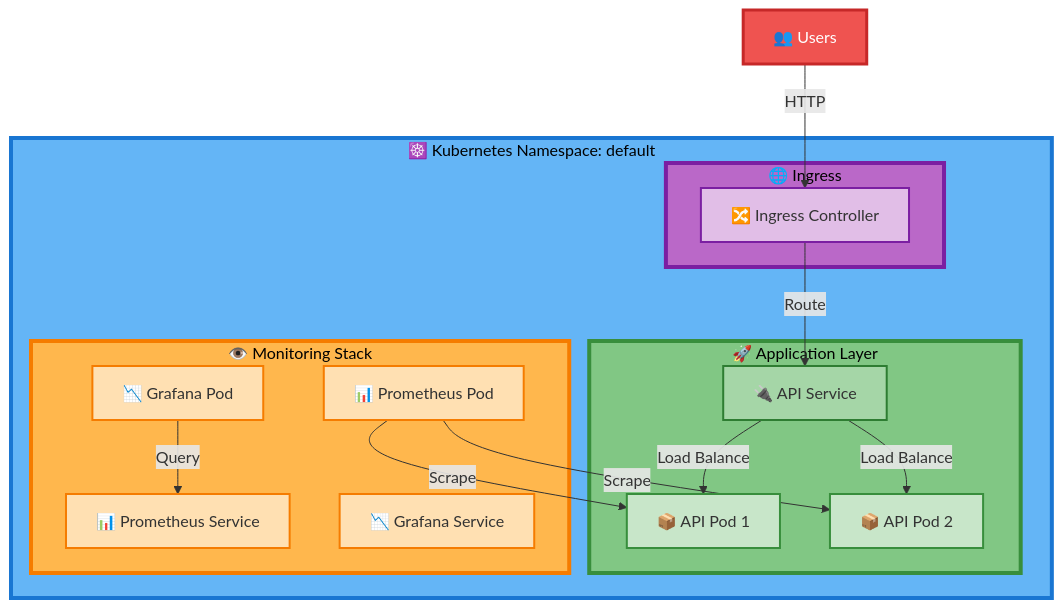
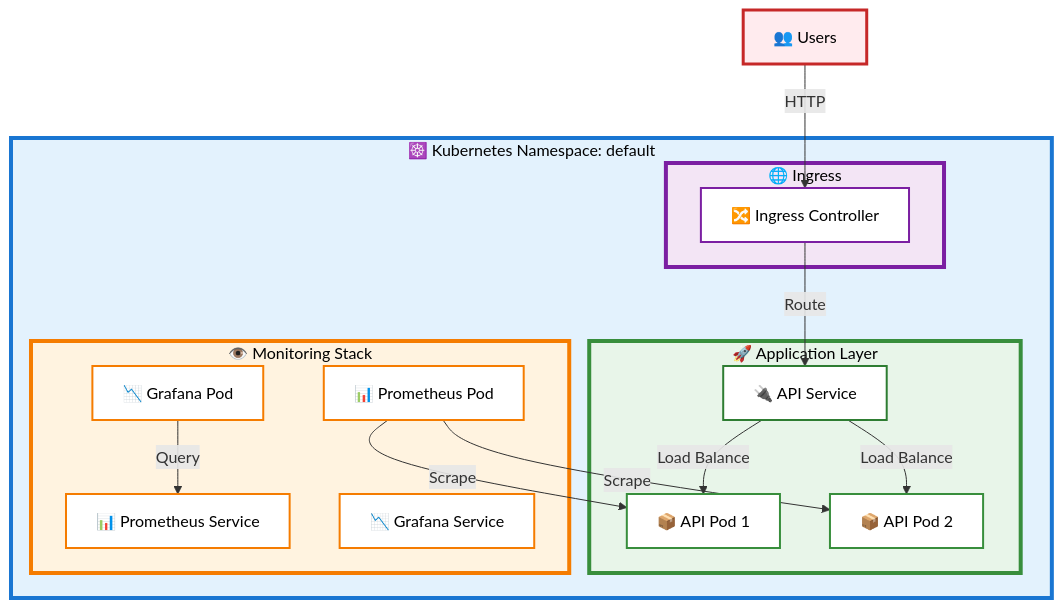
Before and after one commit to 2024aa05820/heart-disease-mlops: the third of 9 diagrams in README.md, drawn with Mermaid. The commit also changed other lines of this file, not shown here.

First line of the commit message:
Fix Mermaid diagram text visibility - use white backgrounds for nodes

````diff
--- a/README.md
+++ b/README.md
@@ -157,44 +157,44 @@
 ```mermaid
 graph TB
     subgraph K8S["☸️ Kubernetes Namespace: default"]
         subgraph APP["🚀 Application Layer"]
             API1["📦 API Pod 1"]
             API2["📦 API Pod 2"]
             API_SVC["🔌 API Service"]
         end
         
         subgraph MON["👁️ Monitoring Stack"]
             PROM_POD["📊 Prometheus Pod"]
             PROM_SVC["📊 Prometheus Service"]
             GRAF_POD["📉 Grafana Pod"]
             GRAF_SVC["📉 Grafana Service"]
         end
         
         subgraph ING_GRP["🌐 Ingress"]
             ING["🔀 Ingress Controller"]
         end
     end
     
     USER["👥 Users"] -->|HTTP| ING
     ING -->|Route| API_SVC
     API_SVC -->|Load Balance| API1
     API_SVC -->|Load Balance| API2
     
     PROM_POD -->|Scrape| API1
     PROM_POD -->|Scrape| API2
     GRAF_POD -->|Query| PROM_SVC
     
-    style K8S fill:#64B5F6,stroke:#1976D2,stroke-width:4px,color:#000
-    style APP fill:#81C784,stroke:#388E3C,stroke-width:4px,color:#000
-    style MON fill:#FFB74D,stroke:#F57C00,stroke-width:4px,color:#000
-    style ING_GRP fill:#BA68C8,stroke:#7B1FA2,stroke-width:4px,color:#000
-    style USER fill:#EF5350,stroke:#C62828,stroke-width:3px,color:#FFF
-    style API1 fill:#C8E6C9,stroke:#388E3C,stroke-width:2px
-    style API2 fill:#C8E6C9,stroke:#388E3C,stroke-width:2px
-    style API_SVC fill:#A5D6A7,stroke:#2E7D32,stroke-width:2px
-    style PROM_POD fill:#FFE0B2,stroke:#F57C00,stroke-width:2px
-    style PROM_SVC fill:#FFE0B2,stroke:#F57C00,stroke-width:2px
-    style GRAF_POD fill:#FFE0B2,stroke:#F57C00,stroke-width:2px
-    style GRAF_SVC fill:#FFE0B2,stroke:#F57C00,stroke-width:2px
-    style ING fill:#E1BEE7,stroke:#7B1FA2,stroke-width:2px
+    style K8S fill:#E3F2FD,stroke:#1976D2,stroke-width:4px,color:#000000
+    style APP fill:#E8F5E9,stroke:#388E3C,stroke-width:4px,color:#000000
+    style MON fill:#FFF3E0,stroke:#F57C00,stroke-width:4px,color:#000000
+    style ING_GRP fill:#F3E5F5,stroke:#7B1FA2,stroke-width:4px,color:#000000
+    style USER fill:#FFEBEE,stroke:#C62828,stroke-width:3px,color:#000000
+    style API1 fill:#FFFFFF,stroke:#388E3C,stroke-width:2px,color:#000000
+    style API2 fill:#FFFFFF,stroke:#388E3C,stroke-width:2px,color:#000000
+    style API_SVC fill:#FFFFFF,stroke:#2E7D32,stroke-width:2px,color:#000000
+    style PROM_POD fill:#FFFFFF,stroke:#F57C00,stroke-width:2px,color:#000000
+    style PROM_SVC fill:#FFFFFF,stroke:#F57C00,stroke-width:2px,color:#000000
+    style GRAF_POD fill:#FFFFFF,stroke:#F57C00,stroke-width:2px,color:#000000
+    style GRAF_SVC fill:#FFFFFF,stroke:#F57C00,stroke-width:2px,color:#000000
+    style ING fill:#FFFFFF,stroke:#7B1FA2,stroke-width:2px,color:#000000
 ```
````
